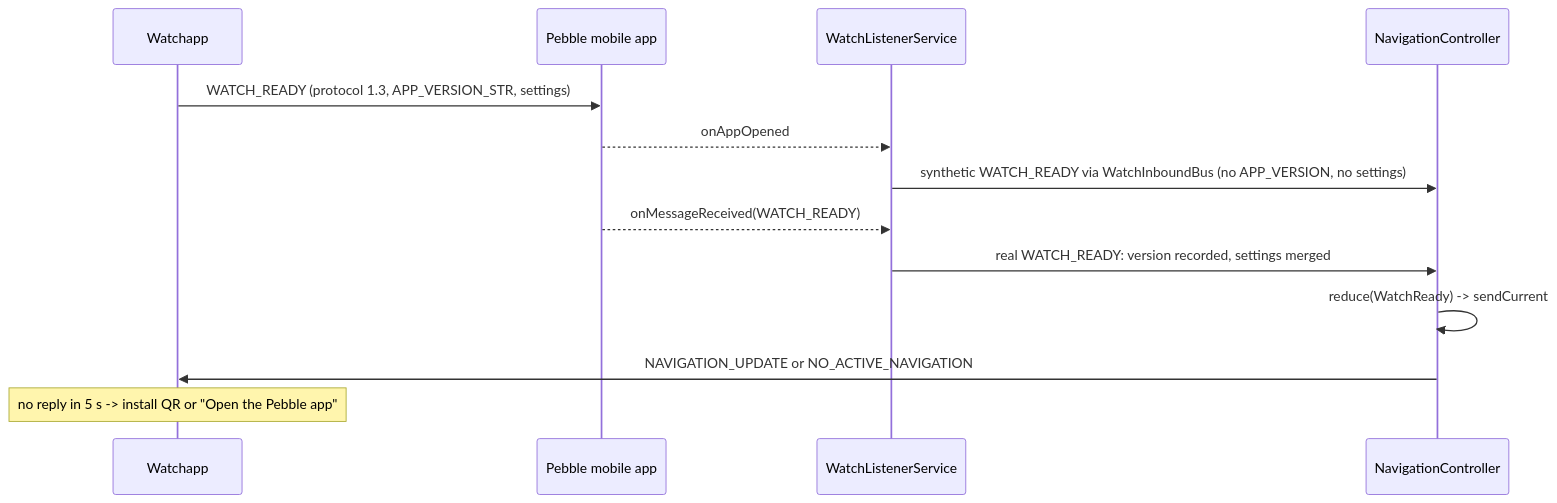
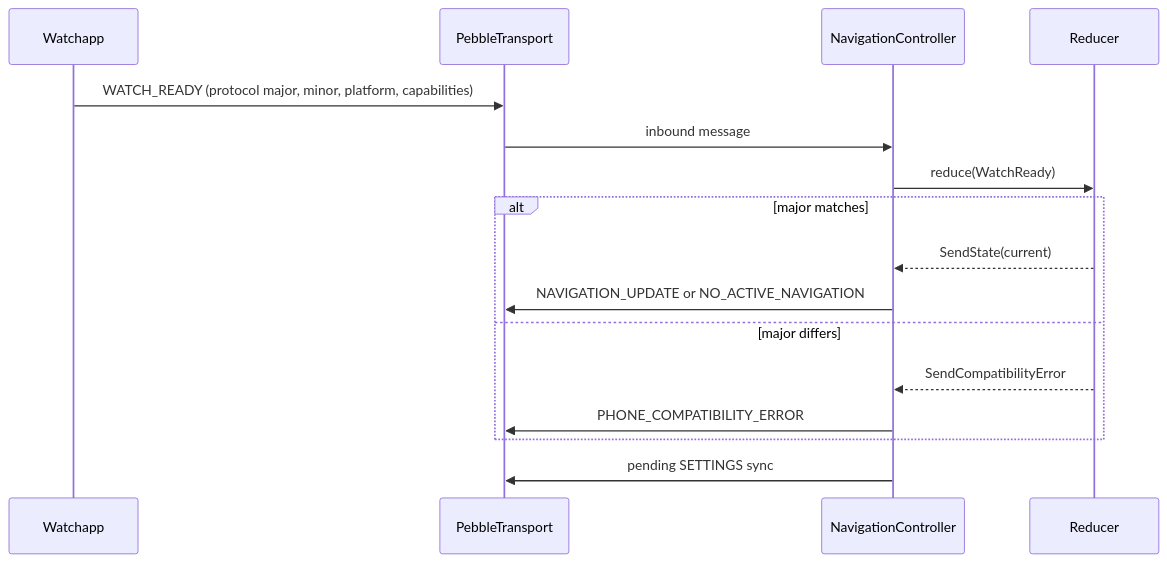
The third of 4 diagrams in aidlc/spaces/default/codekb/PebbleNTN/architecture.md (optio/PebbleNTN), drawn with Mermaid before and after one commit. The commit also changed other lines of this file and 136 other files, not shown here.

````diff
--- a/aidlc/spaces/default/codekb/PebbleNTN/architecture.md
+++ b/aidlc/spaces/default/codekb/PebbleNTN/architecture.md
@@ -310,15 +113,18 @@
 ```mermaid
 sequenceDiagram
-  participant W as Watchapp
-  participant PK as Pebble mobile app
-  participant S as WatchListenerService
-  participant C as NavigationController
-  W->>PK: WATCH_READY (protocol 1.3, APP_VERSION_STR, settings)
-  PK-->>S: onAppOpened
-  S->>C: synthetic WATCH_READY via WatchInboundBus (no APP_VERSION, no settings)
-  PK-->>S: onMessageReceived(WATCH_READY)
-  S->>C: real WATCH_READY: version recorded, settings merged
-  C->>C: reduce(WatchReady) -> sendCurrent
-  C->>W: NAVIGATION_UPDATE or NO_ACTIVE_NAVIGATION
-  Note over W: no reply in 5 s -> install QR or "Open the Pebble app"
+    participant W as Watchapp
+    participant TR as PebbleTransport
+    participant NC as NavigationController
+    participant RD as Reducer
+    W->>TR: WATCH_READY (protocol major, minor, platform, capabilities)
+    TR->>NC: inbound message
+    NC->>RD: reduce(WatchReady)
+    alt major matches
+        RD-->>NC: SendState(current)
+        NC->>TR: NAVIGATION_UPDATE or NO_ACTIVE_NAVIGATION
+    else major differs
+        RD-->>NC: SendCompatibilityError
+        NC->>TR: PHONE_COMPATIBILITY_ERROR
+    end
+    NC->>TR: pending SETTINGS sync
 ```
````
